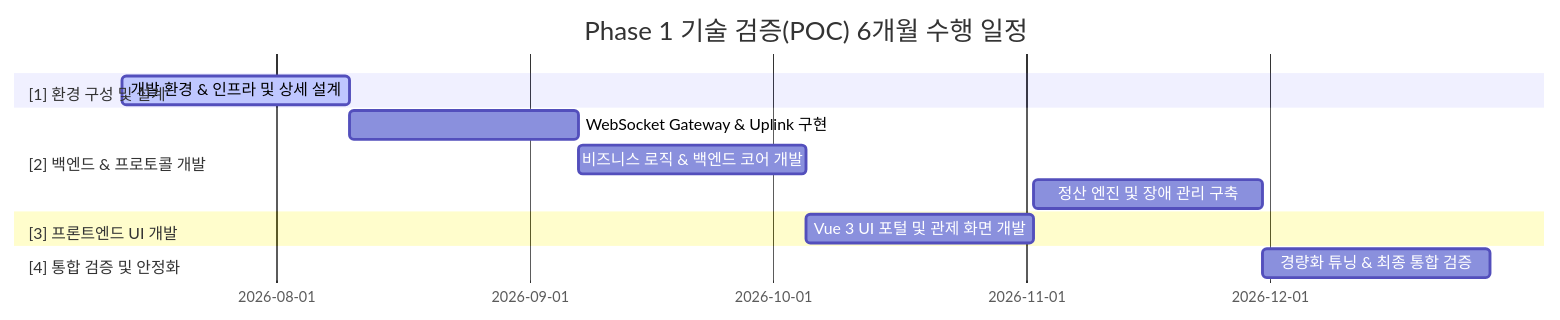
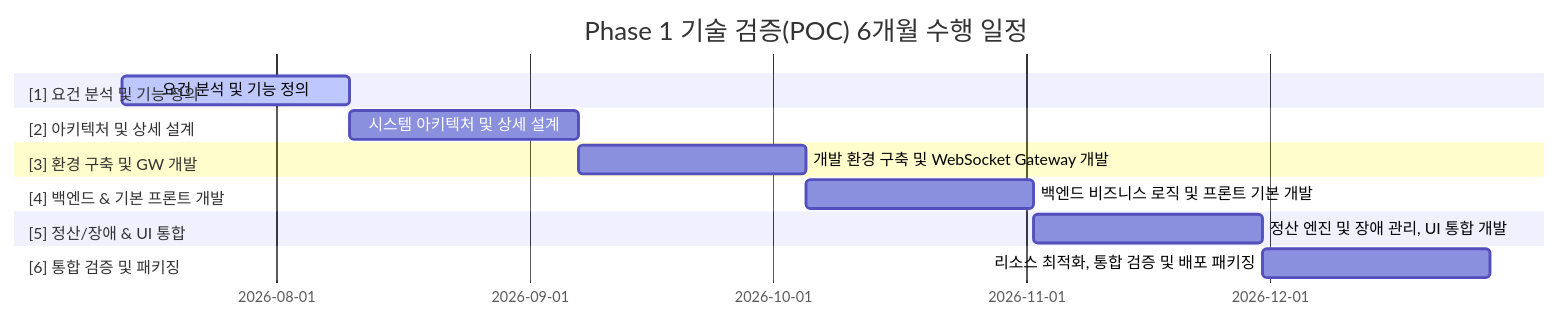
One commit to h2y-hyhong2/h2y-ocpp changed the first of 2 diagrams in doc/01.standard_solution/05.poc.md. Above: the diagram before and after it, drawn with Mermaid. The commit also changed other lines of this file and 20 other files, not shown here.

````diff
--- a/doc/01.standard_solution/05.poc.md
+++ b/doc/01.standard_solution/05.poc.md
@@ -12,20 +12,24 @@
 ```mermaid
 gantt
     title Phase 1 기술 검증(POC) 6개월 수행 일정
     dateFormat  YYYY-MM-DD
     axisFormat  %Y-%m-%d
     
-    section [1] 환경 구성 및 설계
-    개발 환경 & 인프라 및 상세 설계 :active, poc_infra, 2026-07-13, 28d
+    section [1] 요건 분석 및 기능 정의
+    요건 분석 및 기능 정의 :active, poc_analysis, 2026-07-13, 28d
     
-    section [2] 백엔드 & 프로토콜 개발
-    WebSocket Gateway & Uplink 구현 :poc_gw, after poc_infra, 28d
-    비즈니스 로직 & 백엔드 코어 개발:poc_biz, after poc_gw, 28d
-    정산 엔진 및 장애 관리 구축     :poc_sett, after poc_fe, 28d
+    section [2] 아키텍처 및 상세 설계
+    시스템 아키텍처 및 상세 설계 :poc_design, after poc_analysis, 28d
     
-    section [3] 프론트엔드 UI 개발
-    Vue 3 UI 포털 및 관제 화면 개발 :poc_fe, after poc_biz, 28d
+    section [3] 환경 구축 및 GW 개발
+    개발 환경 구축 및 WebSocket Gateway 개발 :poc_gw, after poc_design, 28d
     
-    section [4] 통합 검증 및 안정화
-    경량화 튜닝 & 최종 통합 검증   :poc_final, after poc_sett, 28d
+    section [4] 백엔드 & 기본 프론트 개발
+    백엔드 비즈니스 로직 및 프론트 기본 개발 :poc_biz, after poc_gw, 28d
+    
+    section [5] 정산/장애 & UI 통합
+    정산 엔진 및 장애 관리, UI 통합 개발 :poc_sett, after poc_biz, 28d
+    
+    section [6] 통합 검증 및 패키징
+    리소스 최적화, 통합 검증 및 배포 패키징 :poc_final, after poc_sett, 28d
 ```
````
